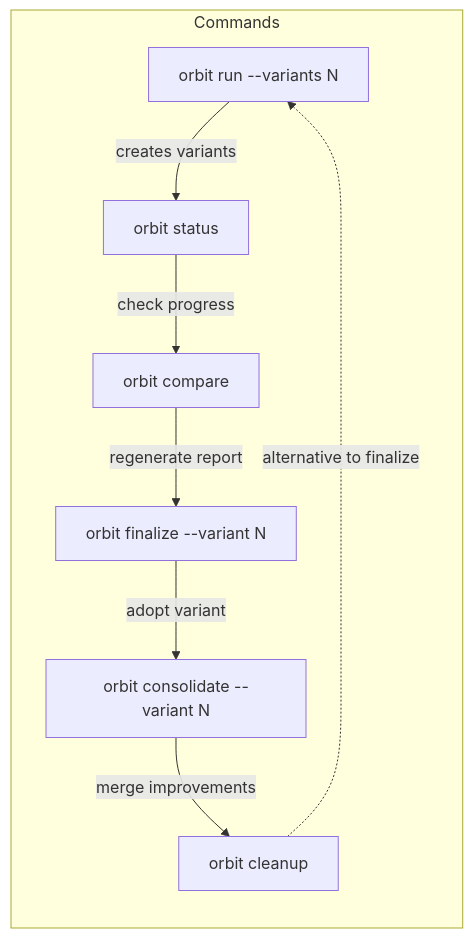
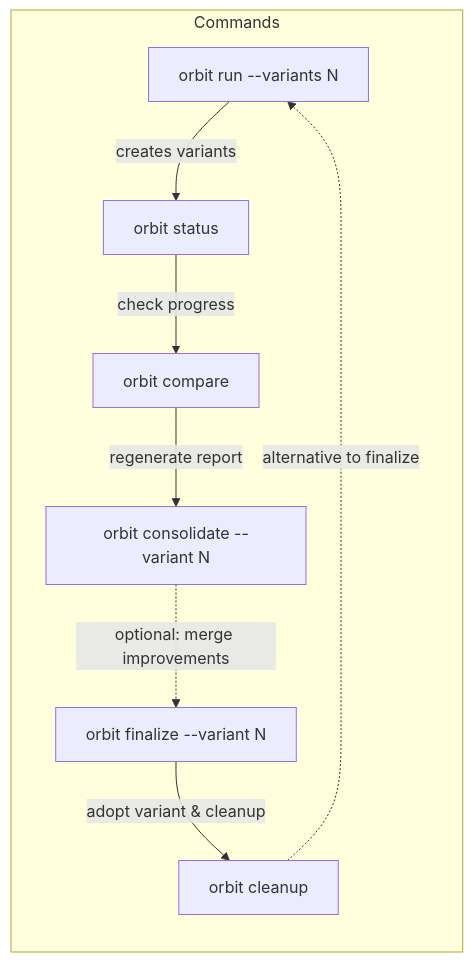
One commit to ArjenSchwarz/orbit changed the eighth of 8 diagrams in README.md. Above: the diagram before and after it, drawn with Mermaid. The commit also changed other lines of this file and 1 other file, not shown here.

First line of the commit message:
docs: Fix workflow order - consolidate must come before finalize

````diff
--- a/README.md
+++ b/README.md
@@ -763,19 +764,19 @@
 ```mermaid
 flowchart LR
     subgraph Commands
         A[orbit run --variants N]
         B[orbit status]
         C[orbit compare]
-        D[orbit finalize --variant N]
-        E[orbit consolidate --variant N]
+        D[orbit consolidate --variant N]
+        E[orbit finalize --variant N]
         F[orbit cleanup]
     end
 
     A -->|creates variants| B
     B -->|check progress| C
     C -->|regenerate report| D
-    D -->|adopt variant| E
-    E -->|merge improvements| F
+    D -.->|optional: merge improvements| E
+    E -->|adopt variant & cleanup| F
 
     F -.->|alternative to finalize| A
 ```
````
